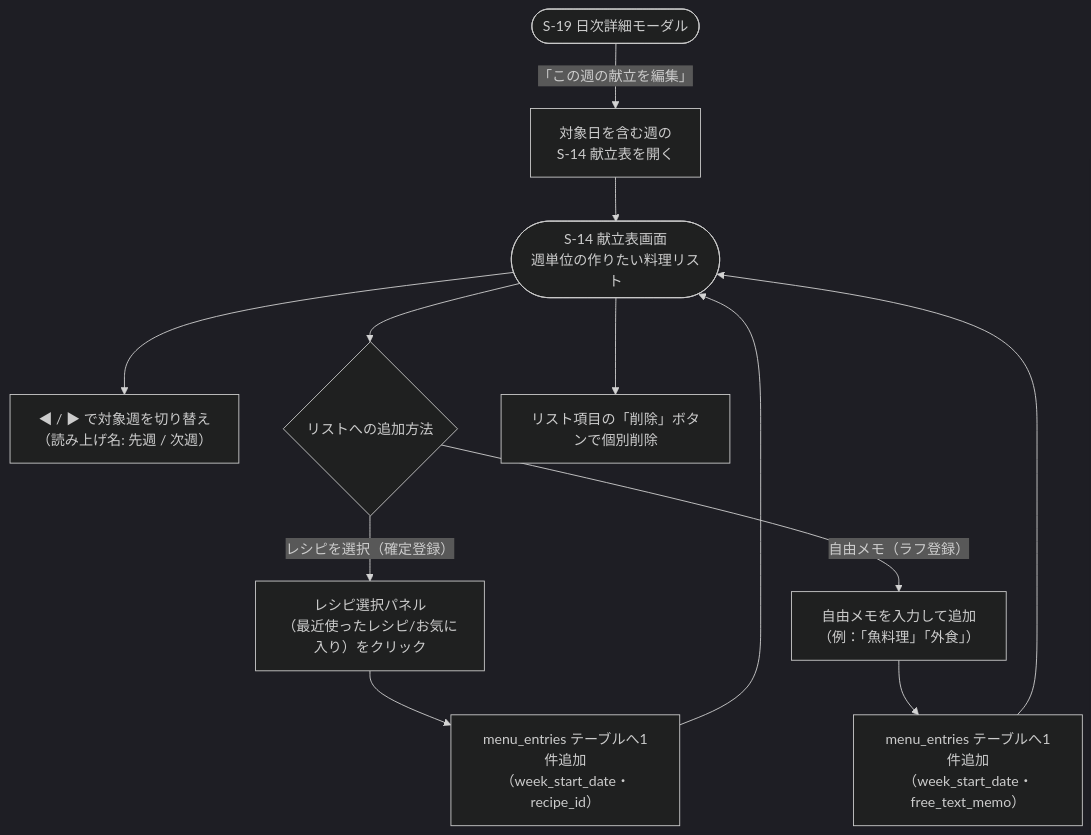
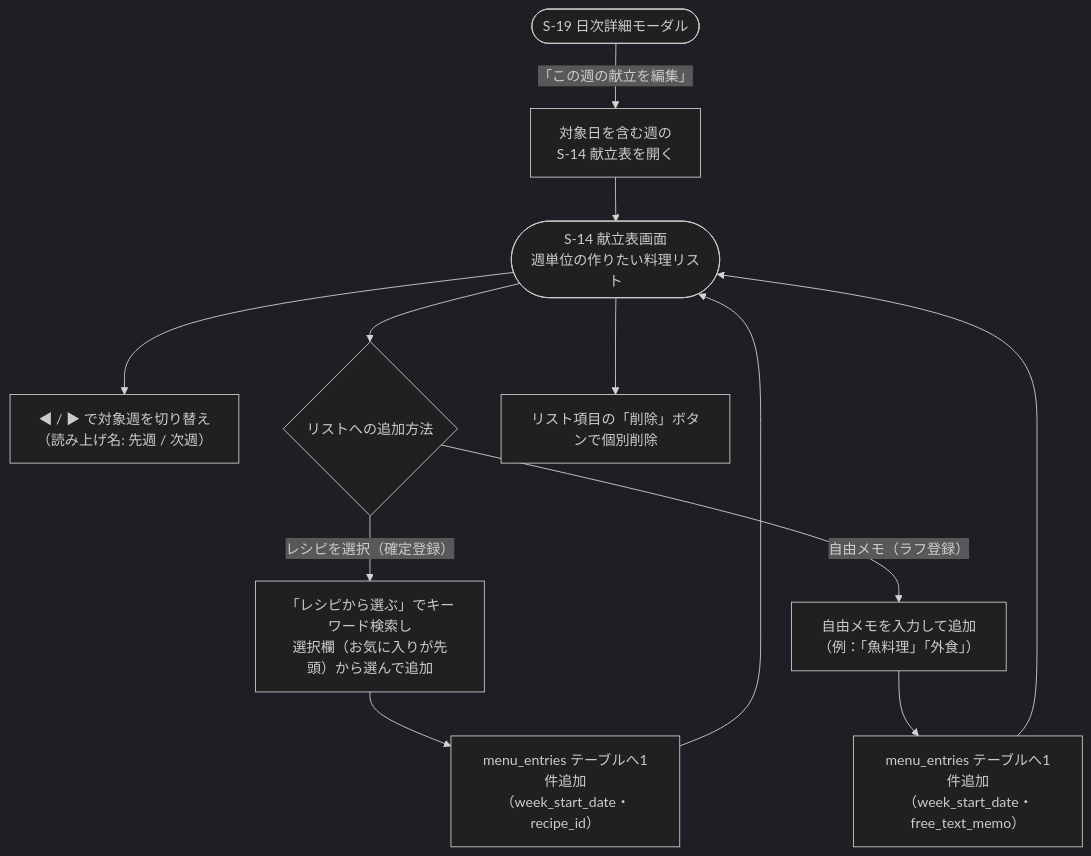
One commit to yamamotonaoki3/HomeLog changed the diagram in docs/details/features/F10_kondate_menu.md. Above: the diagram before and after it, drawn with Mermaid (dark theme). The commit also changed other lines of this file and 18 other files, not shown here.

````diff
--- a/docs/details/features/F10_kondate_menu.md
+++ b/docs/details/features/F10_kondate_menu.md
@@ -21,15 +21,15 @@
 ```mermaid
 flowchart TD
     A([S-14 献立表画面\n週単位の作りたい料理リスト]) --> B["◀ / ▶ で対象週を切り替え（読み上げ名: 先週 / 次週）"]
     A --> C{リストへの追加方法}
-    C -- レシピを選択（確定登録） --> D["レシピ選択パネル\n（最近使ったレシピ/お気に入り）をクリック"]
+    C -- レシピを選択（確定登録） --> D["「レシピから選ぶ」でキーワード検索し\n選択欄（お気に入りが先頭）から選んで追加"]
     C -- 自由メモ（ラフ登録） --> E["自由メモを入力して追加\n（例：「魚料理」「外食」）"]
     D --> F["menu_entries テーブルへ1件追加\n（week_start_date・recipe_id）"]
     E --> G["menu_entries テーブルへ1件追加\n（week_start_date・free_text_memo）"]
     F --> A
     G --> A
     A --> H["リスト項目の「削除」ボタンで個別削除"]
 
     I([S-19 日次詳細モーダル]) -- 「この週の献立を編集」 --> J["対象日を含む週の\nS-14 献立表を開く"]
     J --> A
 ```
````
